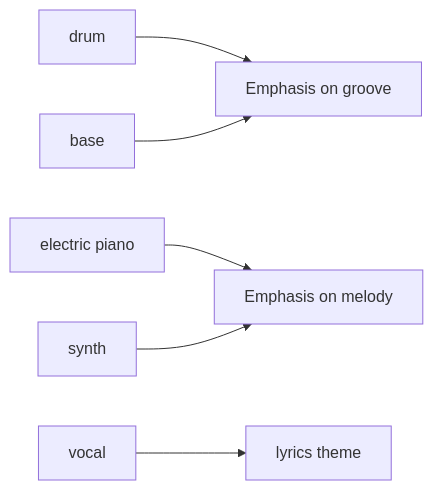
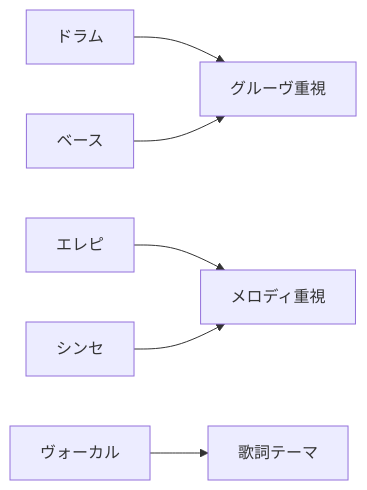
Before and after one commit to monumental-movement/monumental-movement.github.io: the third of 4 diagrams in en/_posts/2025-11-30-column-brazilian-boogie-mpb.md, drawn with Mermaid. The commit also changed other lines of this file and 2196 other files, not shown here.

```diff
--- a/en/_posts/2025-11-30-column-brazilian-boogie-mpb.md
+++ b/en/_posts/2025-11-30-column-brazilian-boogie-mpb.md
@@ -137,8 +137,8 @@
 <div class="mermaid">
 graph LR
-    DRUMS[drum] --> GROOVE[Emphasis on groove]
-    BASS[base] --> GROOVE
-    EPIANO[electric piano] --> MELODY[Emphasis on melody]
-    SYNTH[synth] --> MELODY
-    VOCALS[vocal] --> THEMES[lyrics theme]
+    DRUMS[ドラム] --> GROOVE[グルーヴ重視]
+    BASS[ベース] --> GROOVE
+    EPIANO[エレピ] --> MELODY[メロディ重視]
+    SYNTH[シンセ] --> MELODY
+    VOCALS[ヴォーカル] --> THEMES[歌詞テーマ]
 </div>
```
